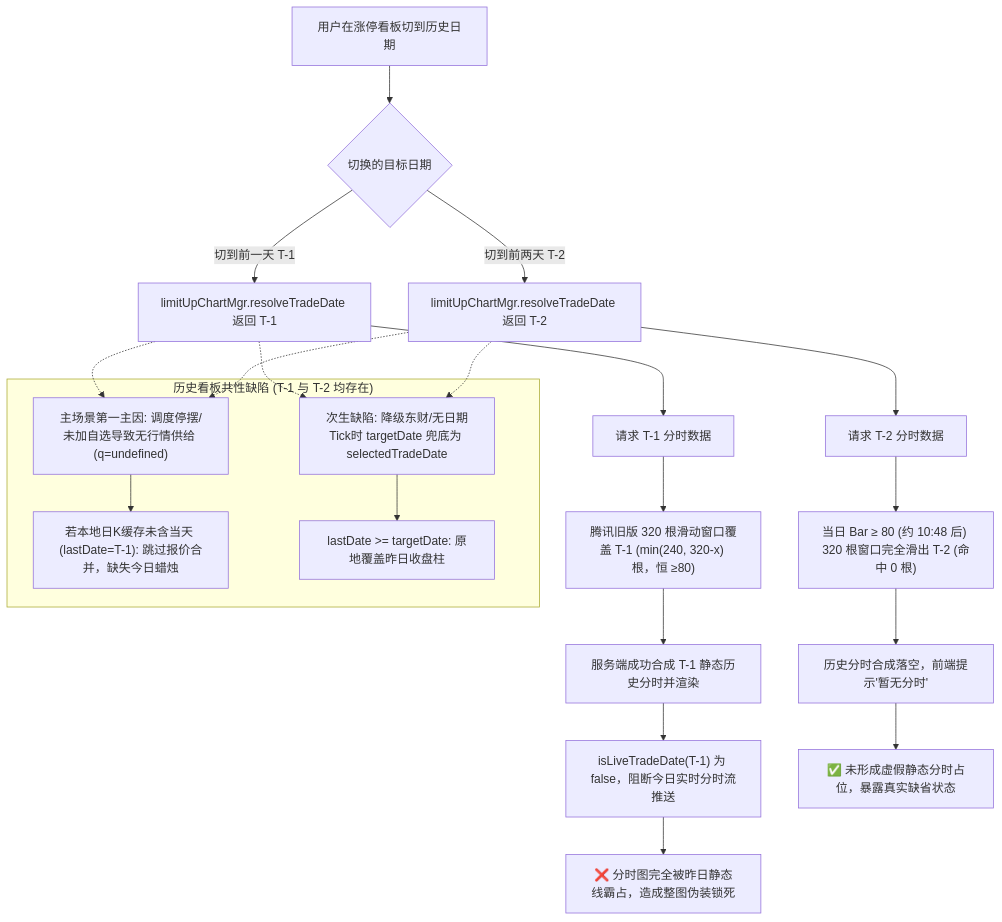
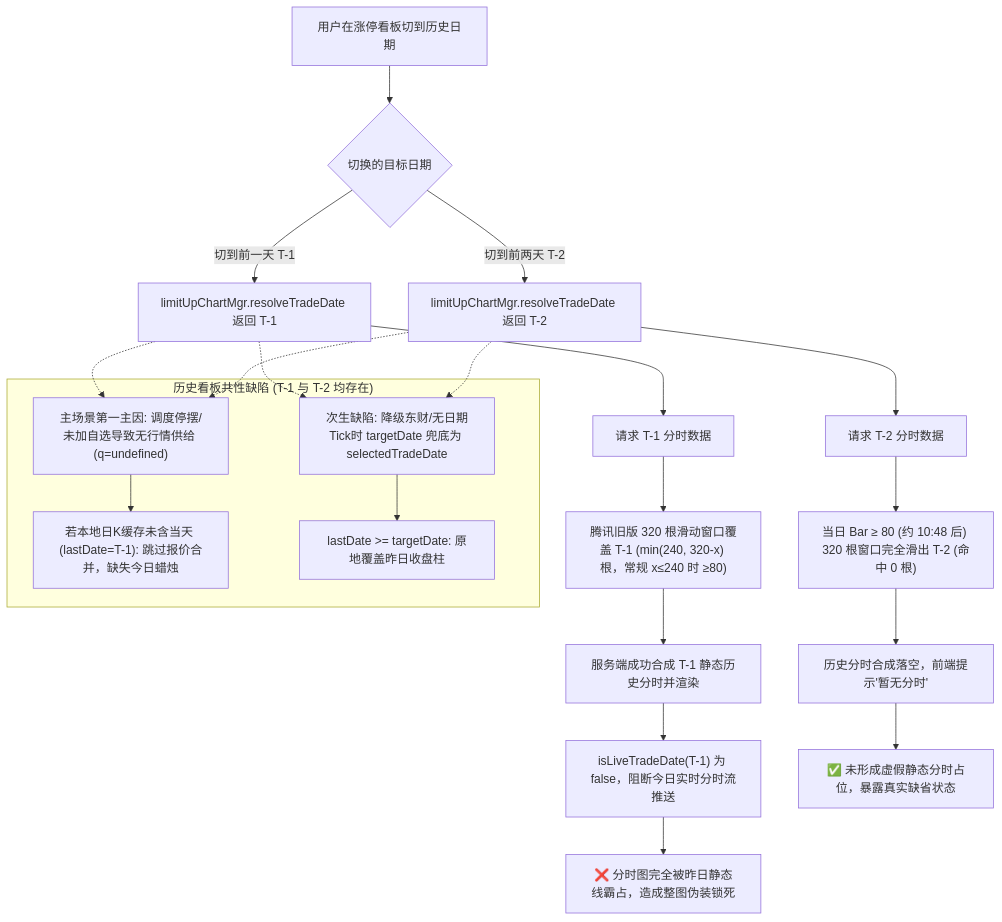
The diagram in docs/handoff/2026-09-14-limit-up-chart-date-flip-investigation-and-resolution-handoff.md (SeptYagu/market-voice-alert), drawn with Mermaid before and after one commit. The commit also changed other lines of this file and 2 other files, not shown here.

````diff
--- a/docs/handoff/2026-09-14-limit-up-chart-date-flip-investigation-and-resolution-handoff.md
+++ b/docs/handoff/2026-09-14-limit-up-chart-date-flip-investigation-and-resolution-handoff.md
@@ -16,28 +16,28 @@
 ```mermaid
 flowchart TD
     A["用户在涨停看板切到历史日期"] --> B{"切换的目标日期"}
     B -->|切到前一天 T-1| C["limitUpChartMgr.resolveTradeDate 返回 T-1"]
     B -->|切到前两天 T-2| D["limitUpChartMgr.resolveTradeDate 返回 T-2"]
     
     C --> E["请求 T-1 分时数据"]
-    E --> F["腾讯旧版 320 根滑动窗口覆盖 T-1 (min(240, 320-x) 根，恒 ≥80)"]
+    E --> F["腾讯旧版 320 根滑动窗口覆盖 T-1 (min(240, 320-x) 根，常规 x≤240 时 ≥80)"]
     F --> G["服务端成功合成 T-1 静态历史分时并渲染"]
     G --> H["isLiveTradeDate(T-1) 为 false，阻断今日实时分时流推送"]
     H --> I["❌ 分时图完全被昨日静态线霸占，造成整图伪装锁死"]
 
     D --> J["请求 T-2 分时数据"]
     J --> K["当日 Bar ≥ 80 (约 10:48 后) 320 根窗口完全滑出 T-2 (命中 0 根)"]
     K --> L["历史分时合成落空，前端提示'暂无分时'"]
     L --> M["✅ 未形成虚假静态分时占位，暴露真实缺省状态"]
 
     subgraph 共性缺陷["历史看板共性缺陷 (T-1 与 T-2 均存在)"]
         N1["主场景第一主因: 调度停摆/未加自选导致无行情供给 (q=undefined)"]
         N1 --> O1["若本地日K缓存未含当天 (lastDate=T-1): 跳过报价合并，缺失今日蜡烛"]
         N2["次生缺陷: 降级东财/无日期Tick时 targetDate 兜底为 selectedTradeDate"]
         N2 --> O2["lastDate >= targetDate: 原地覆盖昨日收盘柱"]
     end
     C -.-> N1
     D -.-> N1
     C -.-> N2
     D -.-> N2
 ```
````
